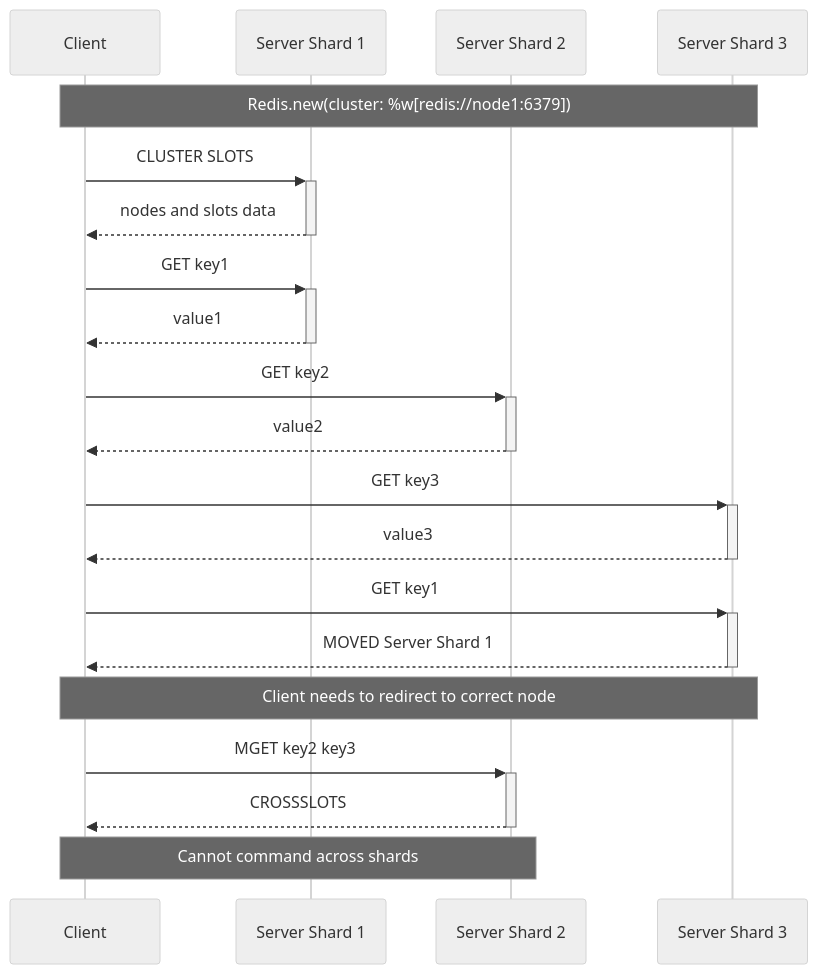
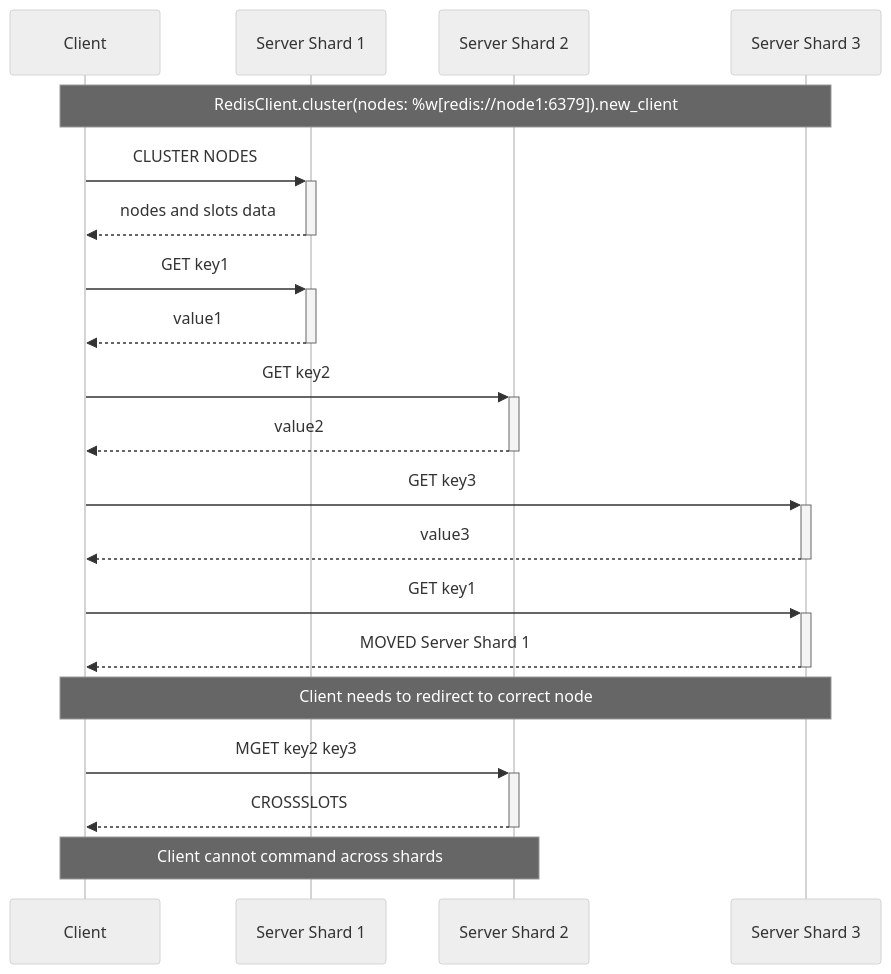
One commit to redis-rb/redis-cluster-client changed the diagram in docs/SEQUENCE_DIAGRAMS.md. Above: the diagram before and after it, drawn with Mermaid (neutral theme). The commit also changed 3 other files, not shown here.

````diff
--- a/docs/SEQUENCE_DIAGRAMS.md
+++ b/docs/SEQUENCE_DIAGRAMS.md
@@ -3,22 +3,22 @@
 ```mermaid
 sequenceDiagram
     participant Client
     participant Server Shard 1
     participant Server Shard 2
     participant Server Shard 3
-    Note over Client,Server Shard 3: Redis.new(cluster: %w[redis://node1:6379])
-    Client->>+Server Shard 1: CLUSTER SLOTS
+    Note over Client,Server Shard 3: RedisClient.cluster(nodes: %w[redis://node1:6379]).new_client
+    Client->>+Server Shard 1: CLUSTER NODES
     Server Shard 1-->>-Client: nodes and slots data
     Client->>+Server Shard 1: GET key1
     Server Shard 1-->>-Client: value1
     Client->>+Server Shard 2: GET key2
     Server Shard 2-->>-Client: value2
     Client->>+Server Shard 3: GET key3
     Server Shard 3-->>-Client: value3
     Client->>+Server Shard 3: GET key1
     Server Shard 3-->>-Client: MOVED Server Shard 1
     Note over Client,Server Shard 3: Client needs to redirect to correct node
     Client->>+Server Shard 2: MGET key2 key3
     Server Shard 2-->>-Client: CROSSSLOTS
-    Note over Client,Server Shard 2: Cannot command across shards
+    Note over Client,Server Shard 2: Client cannot command across shards
 ```
````
